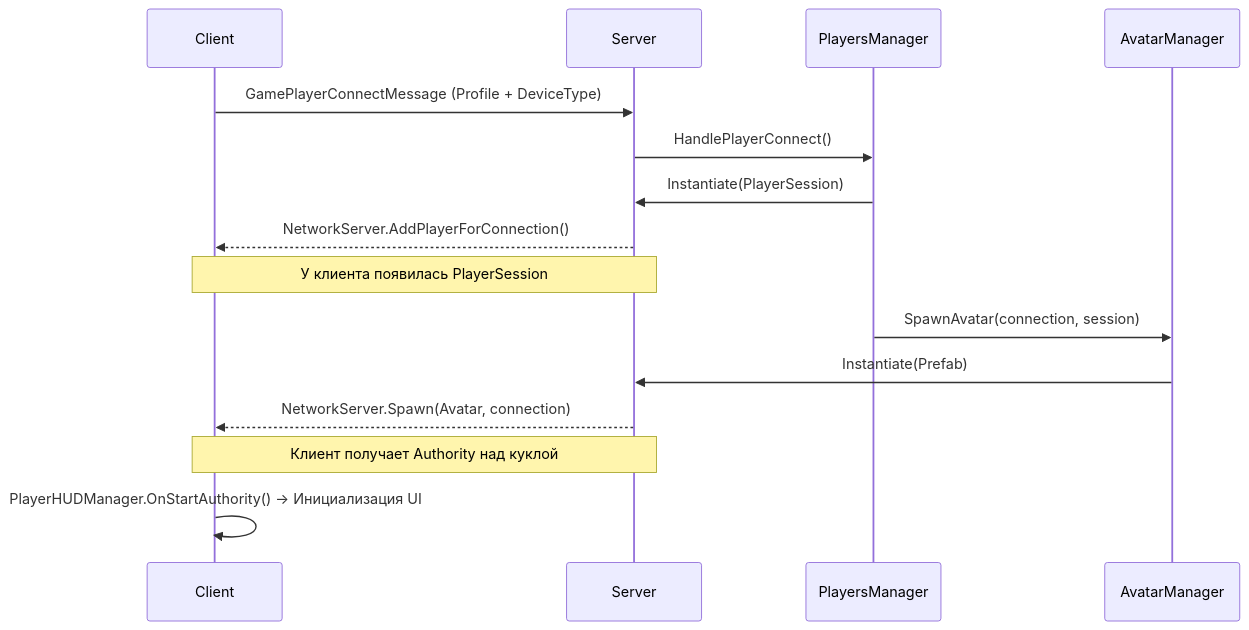
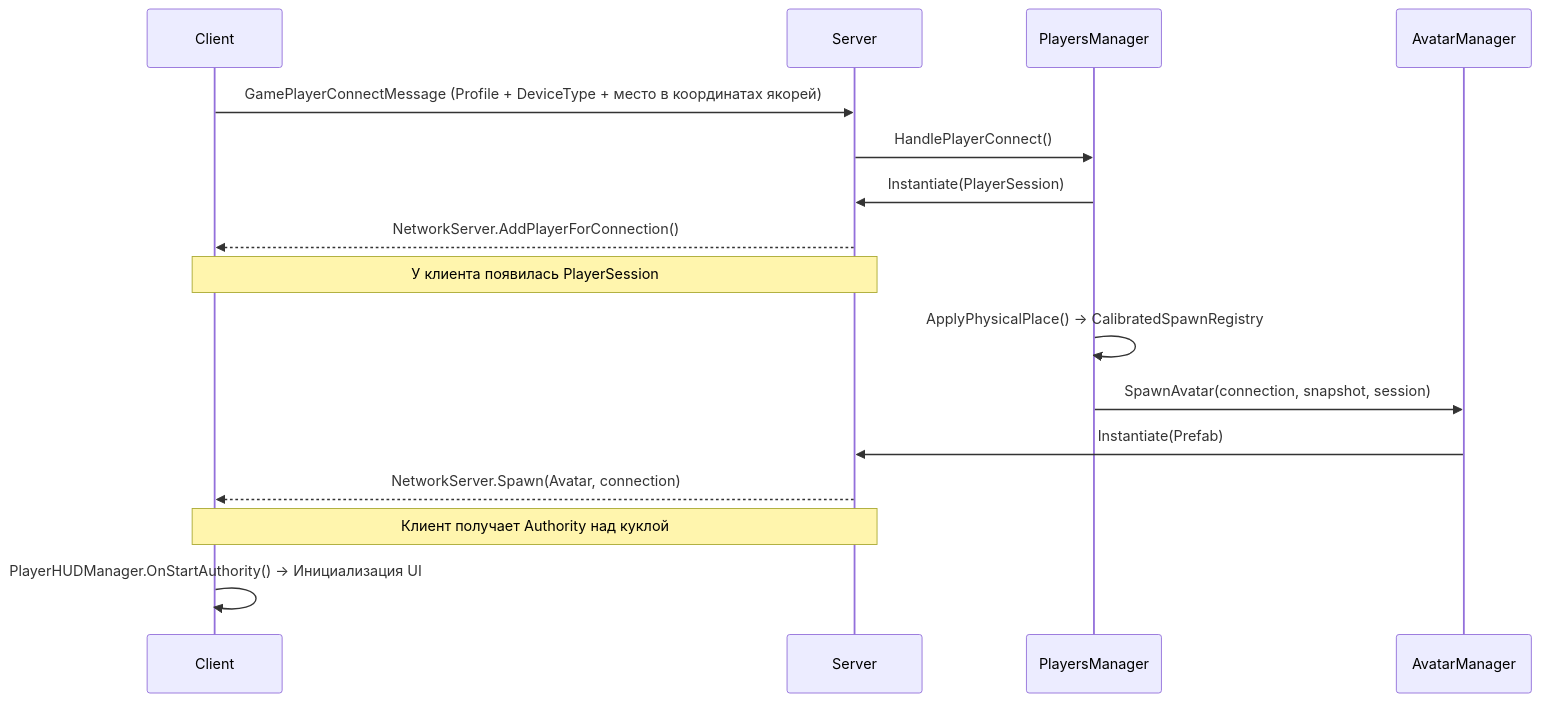
Before and after one commit to askerpro/vr_battlegrounds_ai_v2: the diagram in Docs/session-architecture.md, drawn with Mermaid. The commit also changed other lines of this file and 28 other files, not shown here.

````diff
--- a/Docs/session-architecture.md
+++ b/Docs/session-architecture.md
@@ -115,18 +133,19 @@
 ```mermaid
 sequenceDiagram
     participant C as Client
     participant S as Server
     participant PM as PlayersManager
     participant AM as AvatarManager
     
-    C->>S: GamePlayerConnectMessage (Profile + DeviceType)
+    C->>S: GamePlayerConnectMessage (Profile + DeviceType + место в координатах якорей)
     S->>PM: HandlePlayerConnect()
     PM->>S: Instantiate(PlayerSession)
     S-->>C: NetworkServer.AddPlayerForConnection()
     Note over C,S: У клиента появилась PlayerSession
-    PM->>AM: SpawnAvatar(connection, session)
+    PM->>PM: ApplyPhysicalPlace() -> CalibratedSpawnRegistry
+    PM->>AM: SpawnAvatar(connection, snapshot, session)
     AM->>S: Instantiate(Prefab)
     S-->>C: NetworkServer.Spawn(Avatar, connection)
     Note over C,S: Клиент получает Authority над куклой
     C->>C: PlayerHUDManager.OnStartAuthority() -> Инициализация UI
 ```
````
